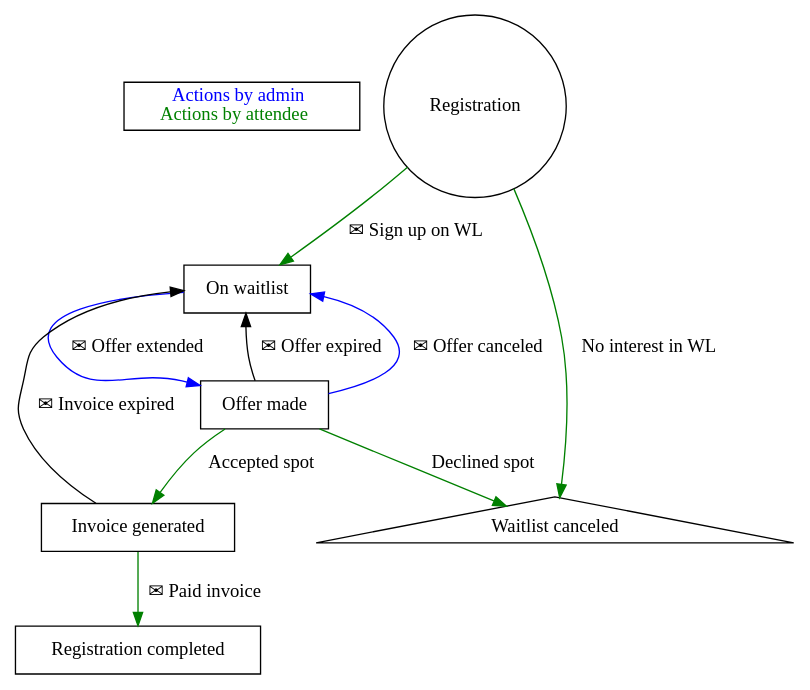
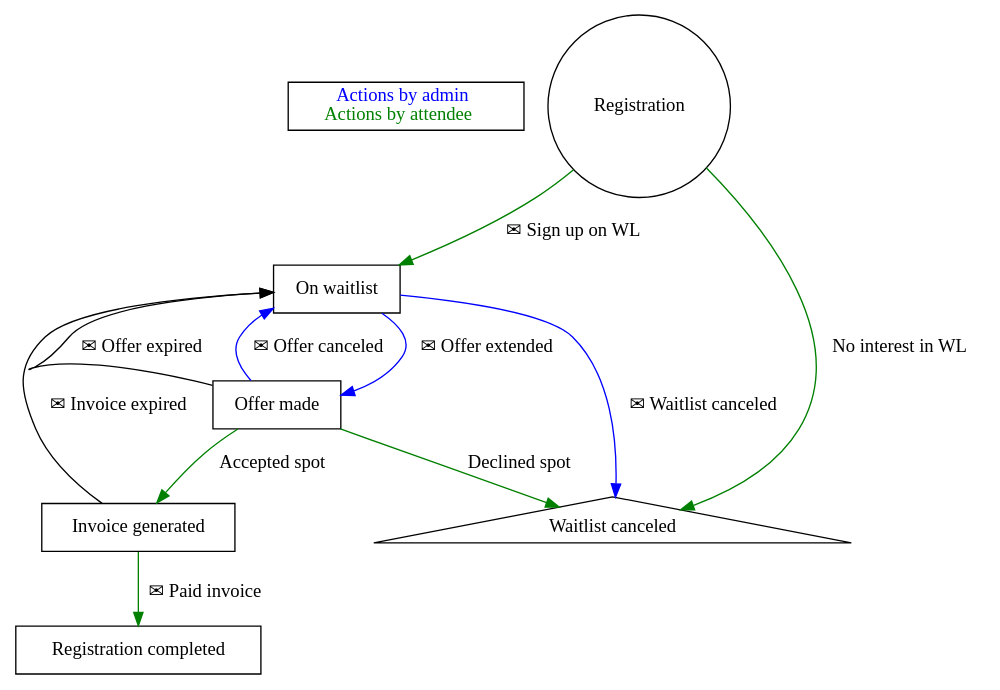
Before and after one commit to pgeu/pgeu-system: the diagram in docs/confreg/graphs/waitlist.dot, drawn with Graphviz. The commit also changed 5 other files, not shown here.

```diff
--- a/docs/confreg/graphs/waitlist.dot
+++ b/docs/confreg/graphs/waitlist.dot
@@ -1,30 +1,31 @@
 digraph waitlist {
 	subgraph legend {
 		key[shape=box, label=<
 		    <font color="blue">Actions by admin</font><br/>
 		    <font color="green">Actions by attendee</font><br/>
 		>, labeljust="l"]
 	}
 
 	start[shape=circle label="Registration"];
 
 	waitlist[shape=box label="On waitlist"];
 	offer[shape=box label="Offer made"];
 	invoice[shape=box label="Invoice generated"];
 	completed[shape=box label="Registration completed"];
 	deleted[shape=triangle label="Waitlist canceled"];
 
 	start -> waitlist [label = "&#9993; Sign up on WL", color=green];
 	start -> deleted [label = "No interest in WL", color=green];
 
 	waitlist -> offer [label = "&#9993; Offer extended", color=blue];
+	waitlist -> deleted [label ="&#9993; Waitlist canceled", color=blue];
 
 	offer -> waitlist [label = "&#9993; Offer expired"];
 	offer -> waitlist [label = "&#9993; Offer canceled", color=blue];
 	offer -> deleted [label = "Declined spot", color=green];
 	offer -> invoice [label = "Accepted spot", color=green];
 
 	invoice -> completed [label = "&#9993; Paid invoice", color=green];
 	invoice -> waitlist [label = "&#9993; Invoice expired"];
 
 }
```
